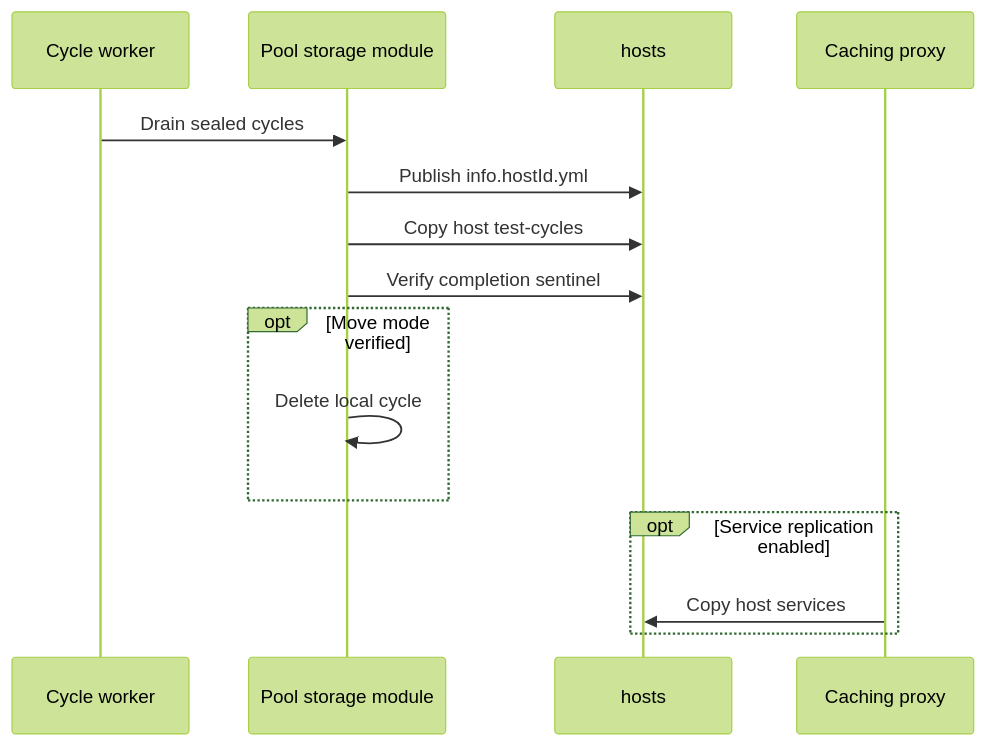
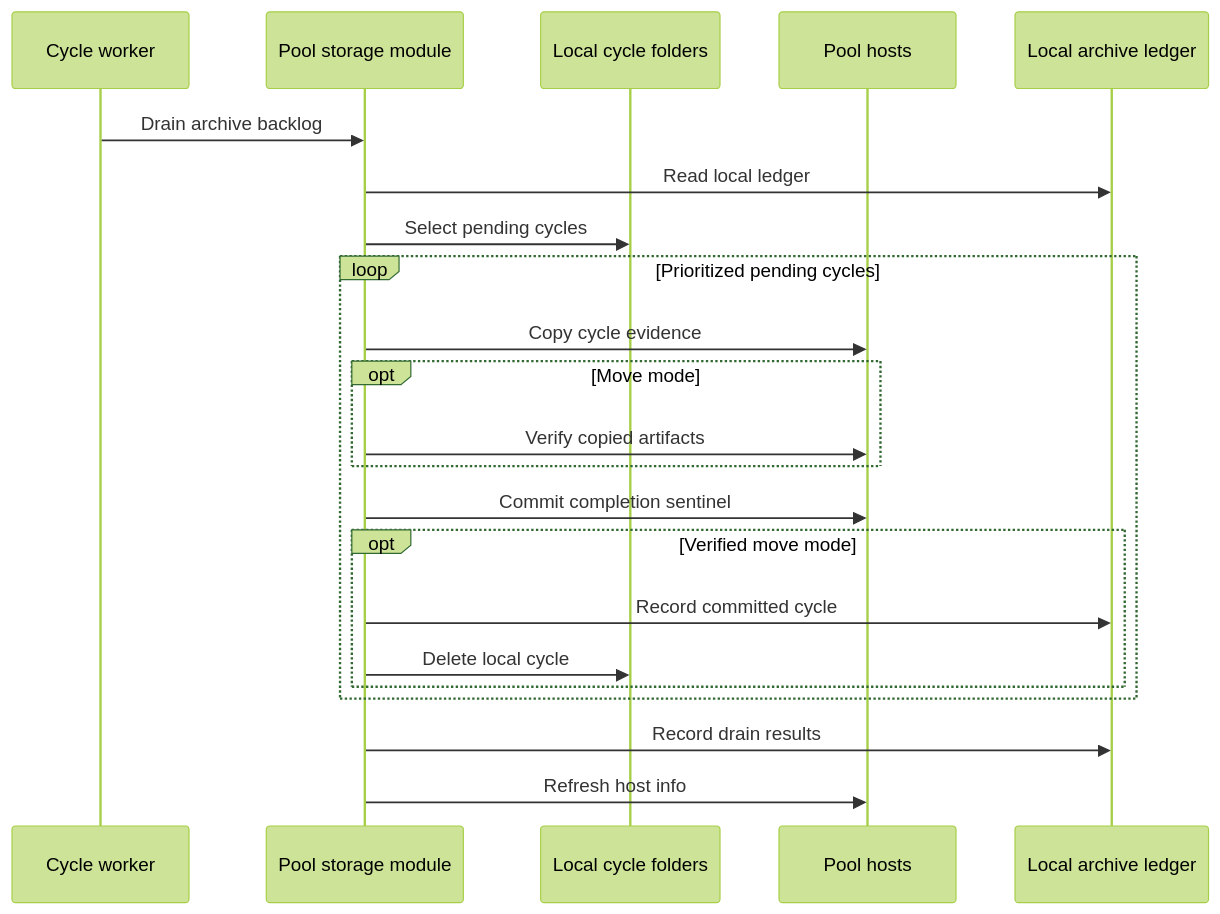
The sixth of 9 diagrams in docs/design/03-data-flows.md (alissonsol/yuruna), drawn with Mermaid (forest theme) before and after one commit. The commit also changed other lines of this file and 1371 other files, not shown here.

````diff
--- a/docs/design/03-data-flows.md
+++ b/docs/design/03-data-flows.md
@@ -183,17 +183,24 @@
 ```mermaid
 sequenceDiagram
-    participant invoke-test-cycle-runner-ps1 as Cycle worker
+    participant test-runner-outer-loop-psm1 as Cycle worker
     participant test-pool-storage-psm1 as Pool storage module
-    participant hosts as hosts
-    participant caching-proxy-service as Caching proxy
-    invoke-test-cycle-runner-ps1->>test-pool-storage-psm1: Drain sealed cycles
-    test-pool-storage-psm1->>hosts: Publish info.hostId.yml
-    test-pool-storage-psm1->>hosts: Copy host test-cycles
-    test-pool-storage-psm1->>hosts: Verify completion sentinel
-    opt Move mode verified
-        test-pool-storage-psm1->>test-pool-storage-psm1: Delete local cycle
+    participant test-cycles as Local cycle folders
+    participant hosts as Pool hosts
+    participant poolstorage-state-json as Local archive ledger
+    test-runner-outer-loop-psm1->>test-pool-storage-psm1: Drain archive backlog
+    test-pool-storage-psm1->>poolstorage-state-json: Read local ledger
+    test-pool-storage-psm1->>test-cycles: Select pending cycles
+    loop Prioritized pending cycles
+        test-pool-storage-psm1->>hosts: Copy cycle evidence
+        opt Move mode
+            test-pool-storage-psm1->>hosts: Verify copied artifacts
+        end
+        test-pool-storage-psm1->>hosts: Commit completion sentinel
+        opt Verified move mode
+            test-pool-storage-psm1->>poolstorage-state-json: Record committed cycle
+            test-pool-storage-psm1->>test-cycles: Delete local cycle
+        end
     end
-    opt Service replication enabled
-        caching-proxy-service->>hosts: Copy host services
-    end
+    test-pool-storage-psm1->>poolstorage-state-json: Record drain results
+    test-pool-storage-psm1->>hosts: Refresh host info
 ```
````
